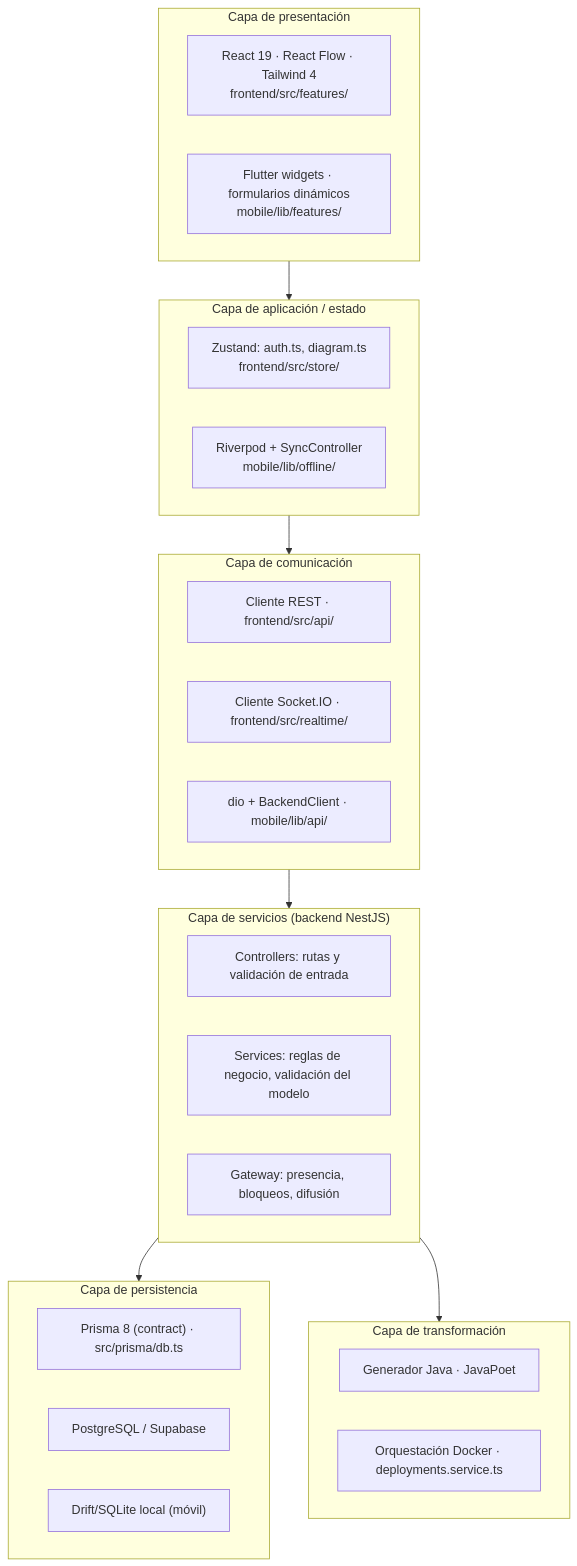
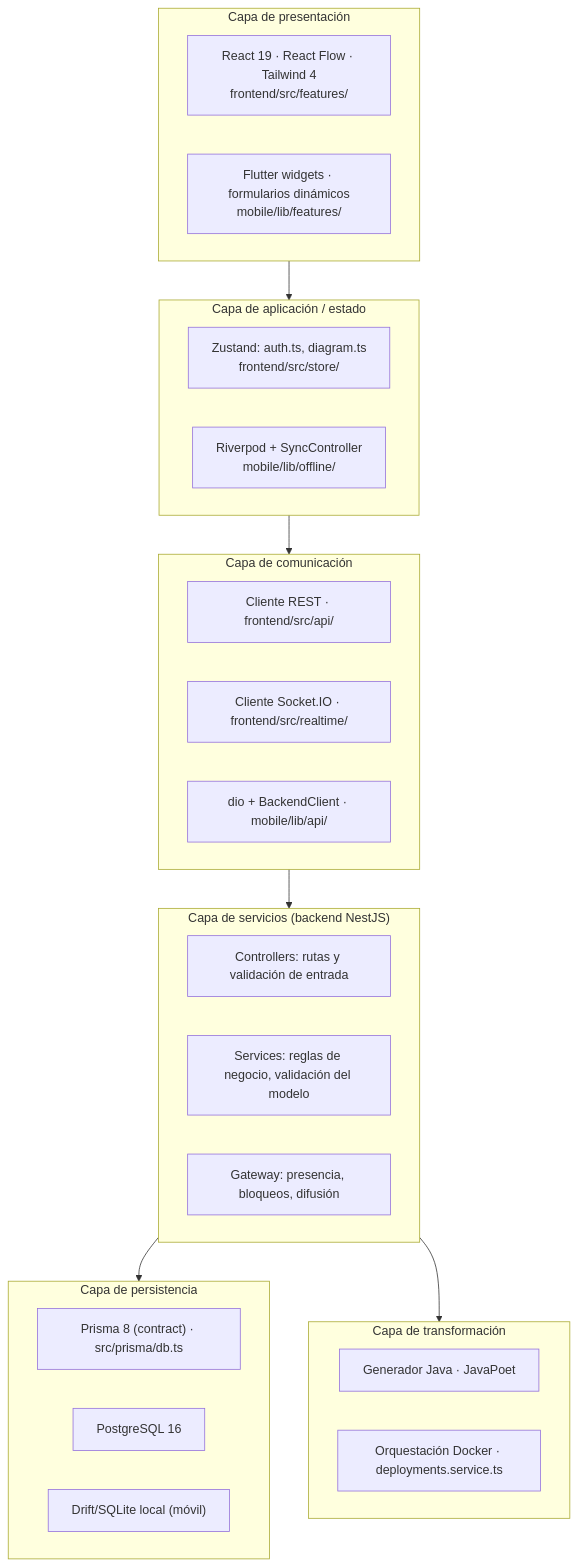
Before and after one commit to GabrielaCrespo/case-tool: the third of 17 diagrams in README.md, drawn with Mermaid. The commit also changed other lines of this file and 7 other files, not shown here.

````diff
--- a/README.md
+++ b/README.md
@@ -253,33 +256,33 @@
 ```mermaid
 flowchart TB
     subgraph L1["Capa de presentación"]
         P1["React 19 · React Flow · Tailwind 4<br/>frontend/src/features/"]
         P2["Flutter widgets · formularios dinámicos<br/>mobile/lib/features/"]
     end
     subgraph L2["Capa de aplicación / estado"]
         A1["Zustand: auth.ts, diagram.ts<br/>frontend/src/store/"]
         A2["Riverpod + SyncController<br/>mobile/lib/offline/"]
     end
     subgraph L3["Capa de comunicación"]
         C1["Cliente REST · frontend/src/api/"]
         C2["Cliente Socket.IO · frontend/src/realtime/"]
         C3["dio + BackendClient · mobile/lib/api/"]
     end
     subgraph L4["Capa de servicios (backend NestJS)"]
         S1["Controllers: rutas y validación de entrada"]
         S2["Services: reglas de negocio, validación del modelo"]
         S3["Gateway: presencia, bloqueos, difusión"]
     end
     subgraph L5["Capa de persistencia"]
         D1["Prisma 8 (contract) · src/prisma/db.ts"]
-        D2["PostgreSQL / Supabase"]
+        D2["PostgreSQL 16"]
         D3["Drift/SQLite local (móvil)"]
     end
     subgraph L6["Capa de transformación"]
         T1["Generador Java · JavaPoet"]
         T2["Orquestación Docker · deployments.service.ts"]
     end
 
     L1 --> L2 --> L3 --> L4 --> L5
     L4 --> L6
 ```
````
